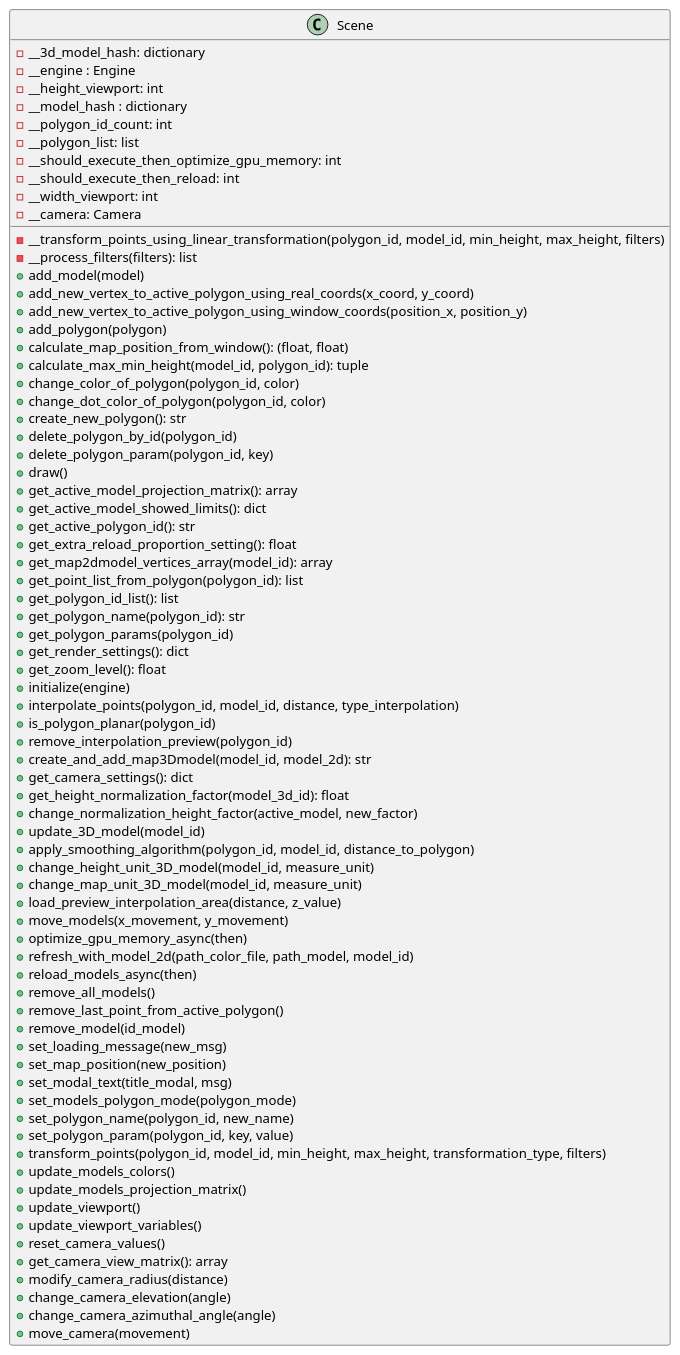
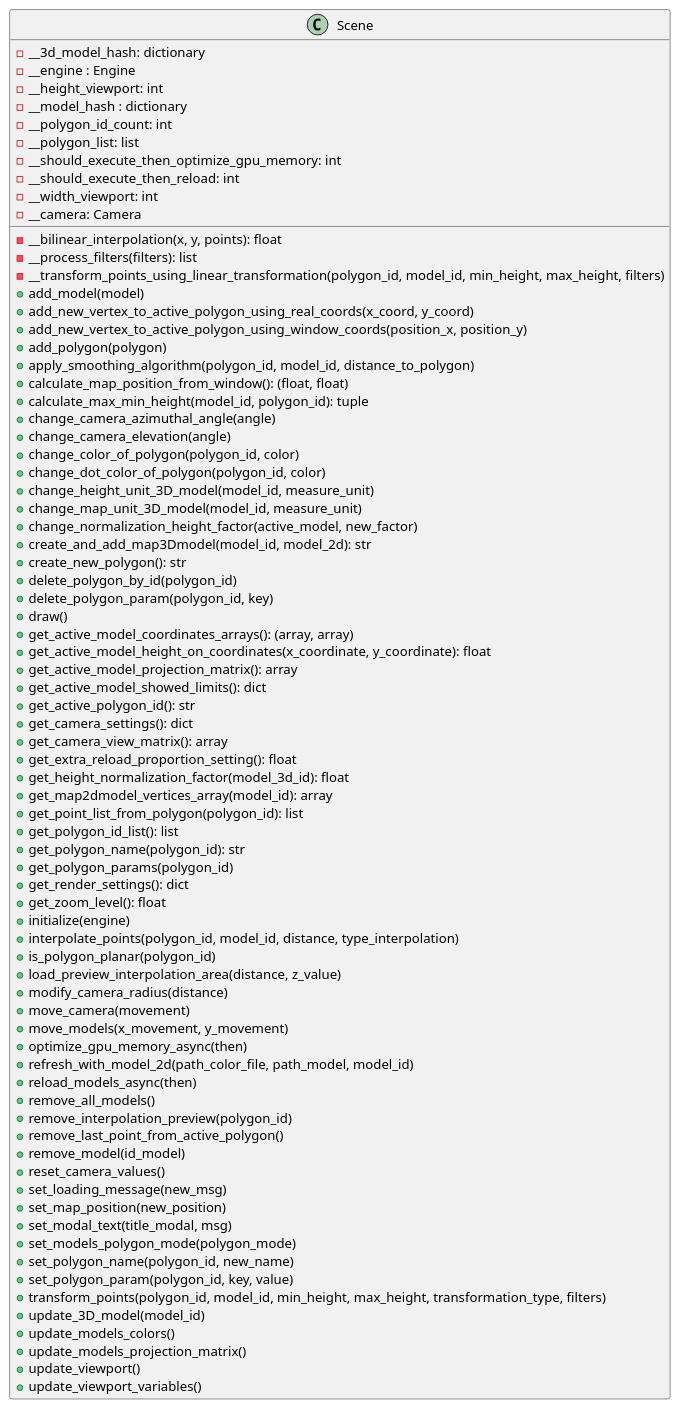
One commit to ferpoble2/Relief_Creator changed the diagram in docs/classes/Scene.puml. Above: the diagram before and after it, drawn with PlantUML. The commit also changed 10 other files, not shown here.

```diff
--- a/docs/classes/Scene.puml
+++ b/docs/classes/Scene.puml
@@ -1,77 +1,80 @@
 @startuml
             class Scene{
+                - __bilinear_interpolation(x, y, points): float
+                - __process_filters(filters): list
                 - __transform_points_using_linear_transformation(polygon_id, model_id, min_height, max_height, filters)
-                - __process_filters(filters): list
                 + add_model(model)
                 + add_new_vertex_to_active_polygon_using_real_coords(x_coord, y_coord)
                 + add_new_vertex_to_active_polygon_using_window_coords(position_x, position_y)
                 + add_polygon(polygon)
+                + apply_smoothing_algorithm(polygon_id, model_id, distance_to_polygon)
                 + calculate_map_position_from_window(): (float, float)
                 + calculate_max_min_height(model_id, polygon_id): tuple
+                + change_camera_azimuthal_angle(angle)
+                + change_camera_elevation(angle)
                 + change_color_of_polygon(polygon_id, color)
                 + change_dot_color_of_polygon(polygon_id, color)
+                + change_height_unit_3D_model(model_id, measure_unit)
+                + change_map_unit_3D_model(model_id, measure_unit)
+                + change_normalization_height_factor(active_model, new_factor)
+                + create_and_add_map3Dmodel(model_id, model_2d): str
                 + create_new_polygon(): str
                 + delete_polygon_by_id(polygon_id)
                 + delete_polygon_param(polygon_id, key)
                 + draw()
+                + get_active_model_coordinates_arrays(): (array, array)
+                + get_active_model_height_on_coordinates(x_coordinate, y_coordinate): float
                 + get_active_model_projection_matrix(): array
                 + get_active_model_showed_limits(): dict
                 + get_active_polygon_id(): str
+                + get_camera_settings(): dict
+                + get_camera_view_matrix(): array
                 + get_extra_reload_proportion_setting(): float
+                + get_height_normalization_factor(model_3d_id): float
                 + get_map2dmodel_vertices_array(model_id): array
                 + get_point_list_from_polygon(polygon_id): list
                 + get_polygon_id_list(): list
                 + get_polygon_name(polygon_id): str
                 + get_polygon_params(polygon_id)
                 + get_render_settings(): dict
                 + get_zoom_level(): float
                 + initialize(engine)
                 + interpolate_points(polygon_id, model_id, distance, type_interpolation)
                 + is_polygon_planar(polygon_id)
-                + remove_interpolation_preview(polygon_id)
-                + create_and_add_map3Dmodel(model_id, model_2d): str
-                + get_camera_settings(): dict
-                + get_height_normalization_factor(model_3d_id): float
-                + change_normalization_height_factor(active_model, new_factor)
-                + update_3D_model(model_id)
-                + apply_smoothing_algorithm(polygon_id, model_id, distance_to_polygon)
-                + change_height_unit_3D_model(model_id, measure_unit)
-                + change_map_unit_3D_model(model_id, measure_unit)
                 + load_preview_interpolation_area(distance, z_value)
+                + modify_camera_radius(distance)
+                + move_camera(movement)
                 + move_models(x_movement, y_movement)
                 + optimize_gpu_memory_async(then)
                 + refresh_with_model_2d(path_color_file, path_model, model_id)
                 + reload_models_async(then)
                 + remove_all_models()
+                + remove_interpolation_preview(polygon_id)
                 + remove_last_point_from_active_polygon()
                 + remove_model(id_model)
+                + reset_camera_values()
                 + set_loading_message(new_msg)
                 + set_map_position(new_position)
                 + set_modal_text(title_modal, msg)
                 + set_models_polygon_mode(polygon_mode)
                 + set_polygon_name(polygon_id, new_name)
                 + set_polygon_param(polygon_id, key, value)
                 + transform_points(polygon_id, model_id, min_height, max_height, transformation_type, filters)
+                + update_3D_model(model_id)
                 + update_models_colors()
                 + update_models_projection_matrix()
                 + update_viewport()
                 + update_viewport_variables()
-                + reset_camera_values()
-                + get_camera_view_matrix(): array
-                + modify_camera_radius(distance)
-                + change_camera_elevation(angle)
-                + change_camera_azimuthal_angle(angle)
-                + move_camera(movement)
 
                 - __3d_model_hash: dictionary
                 - __engine : Engine
                 - __height_viewport: int
                 - __model_hash : dictionary
                 - __polygon_id_count: int
                 - __polygon_list: list
                 - __should_execute_then_optimize_gpu_memory: int
                 - __should_execute_then_reload: int
                 - __width_viewport: int
                 - __camera: Camera
             }
 @enduml
```
